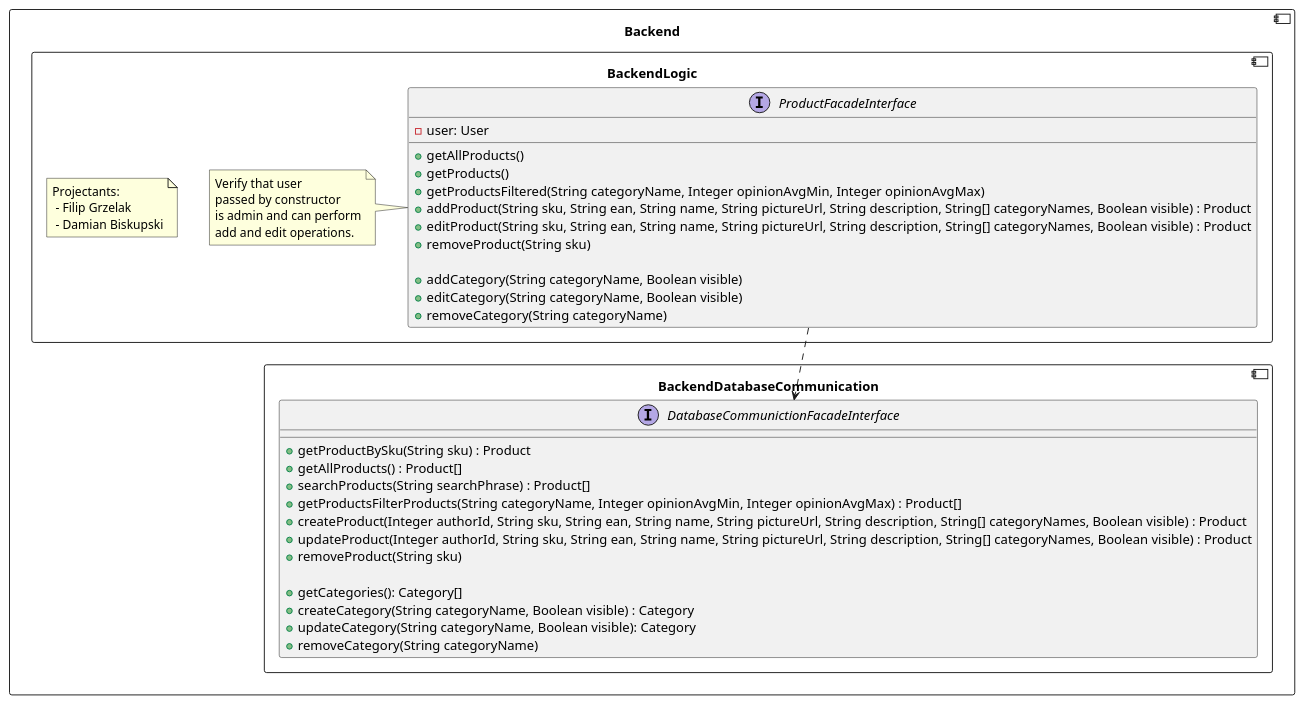
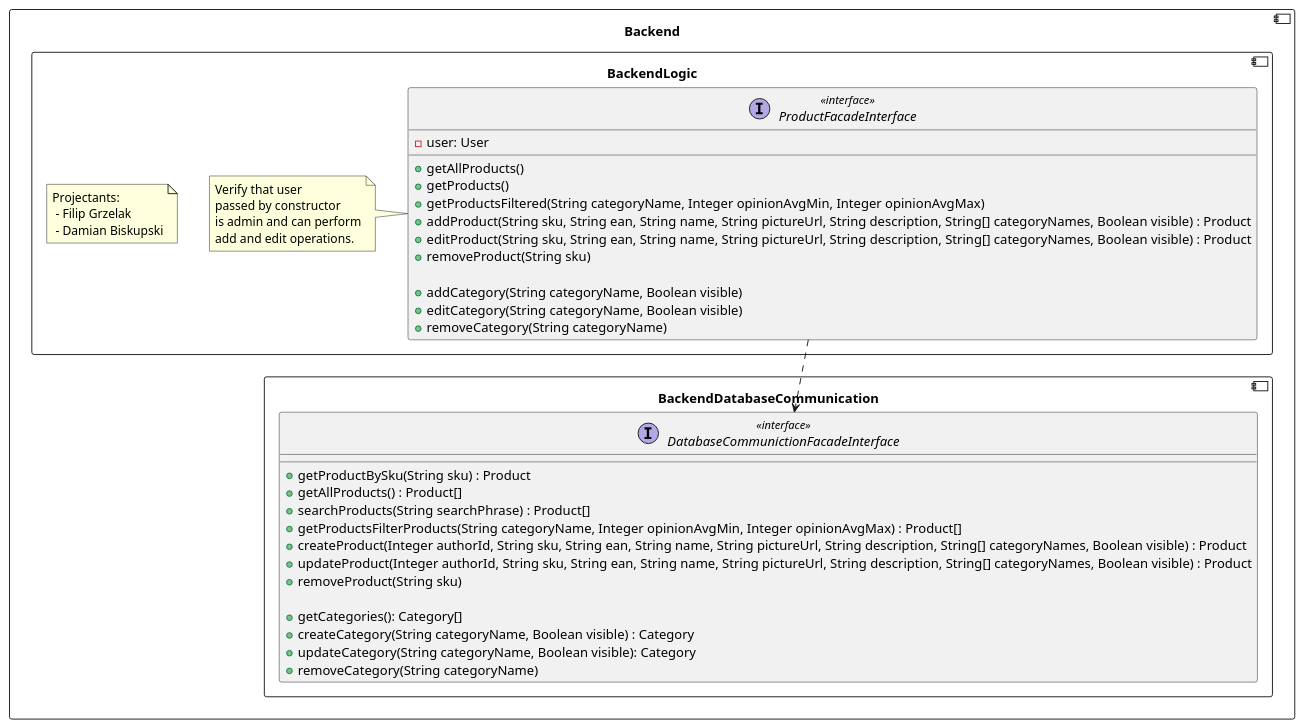
The third of 5 diagrams in backend/BackendLogic.md (RadekBucki/OpinionCollectorArchitecture), drawn with PlantUML before and after one commit. The commit also changed other lines of this file and 1 other file, not shown here.

````diff
--- a/backend/BackendLogic.md
+++ b/backend/BackendLogic.md
@@ -82,52 +82,52 @@
 ```plantuml
 @startuml
 component Backend {
     component BackendDatabaseCommunication {
-        interface DatabaseCommunictionFacadeInterface {
+        interface DatabaseCommunictionFacadeInterface <<interface>> {
             + getProductBySku(String sku) : Product
             + getAllProducts() : Product[]
             + searchProducts(String searchPhrase) : Product[]
             + getProductsFilterProducts(String categoryName, Integer opinionAvgMin, Integer opinionAvgMax) : Product[]
             + createProduct(Integer authorId, String sku, String ean, String name, String pictureUrl, String description, String[] categoryNames, Boolean visible) : Product
             + updateProduct(Integer authorId, String sku, String ean, String name, String pictureUrl, String description, String[] categoryNames, Boolean visible) : Product
             + removeProduct(String sku)
             
             + getCategories(): Category[]
             + createCategory(String categoryName, Boolean visible) : Category
             + updateCategory(String categoryName, Boolean visible): Category
             + removeCategory(String categoryName)
         }
     }
     
     component BackendLogic {
         note as Authors
             Projectants: 
              - Filip Grzelak
              - Damian Biskupski
         endnote
         
         ProductFacadeInterface  ..> DatabaseCommunictionFacadeInterface
-        interface ProductFacadeInterface {
+        interface ProductFacadeInterface <<interface>> {
             - user: User
             + getAllProducts()
             + getProducts()
             + getProductsFiltered(String categoryName, Integer opinionAvgMin, Integer opinionAvgMax)
             + addProduct(String sku, String ean, String name, String pictureUrl, String description, String[] categoryNames, Boolean visible) : Product
             + editProduct(String sku, String ean, String name, String pictureUrl, String description, String[] categoryNames, Boolean visible) : Product
             + removeProduct(String sku)
             
             + addCategory(String categoryName, Boolean visible)
             + editCategory(String categoryName, Boolean visible)
             + removeCategory(String categoryName)
         }
     
         note left of ProductFacadeInterface
             Verify that user
             passed by constructor
             is admin and can perform
             add and edit operations.
         endnote
     }
 }
 @enduml 
 ```
````
